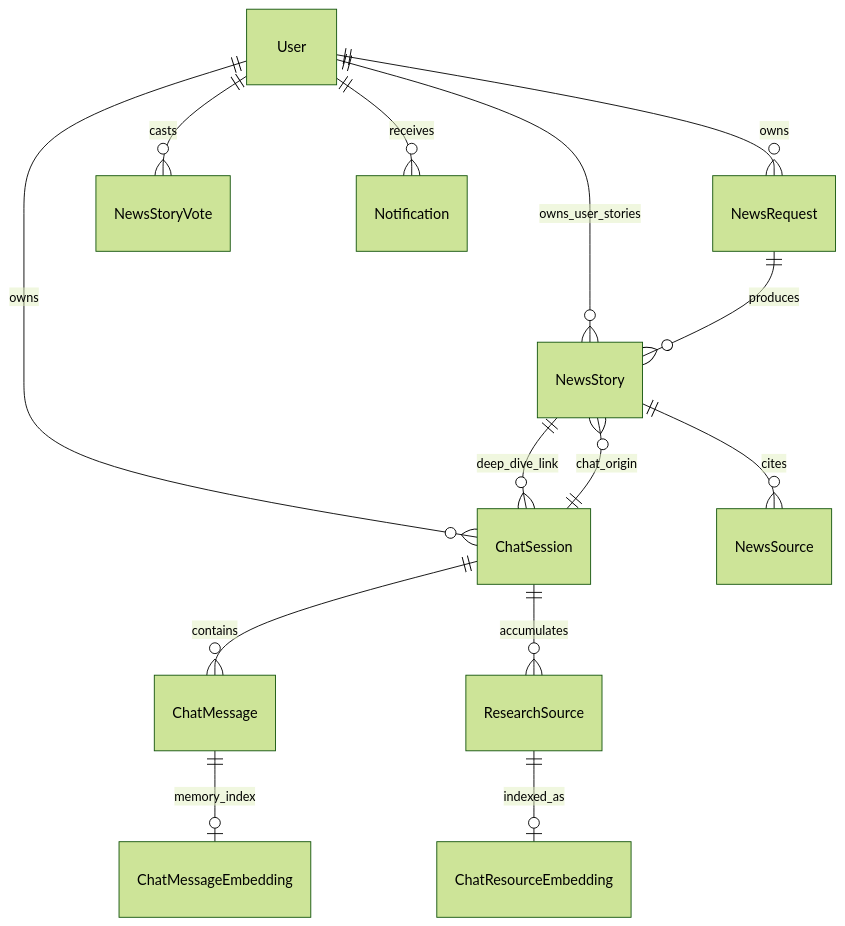
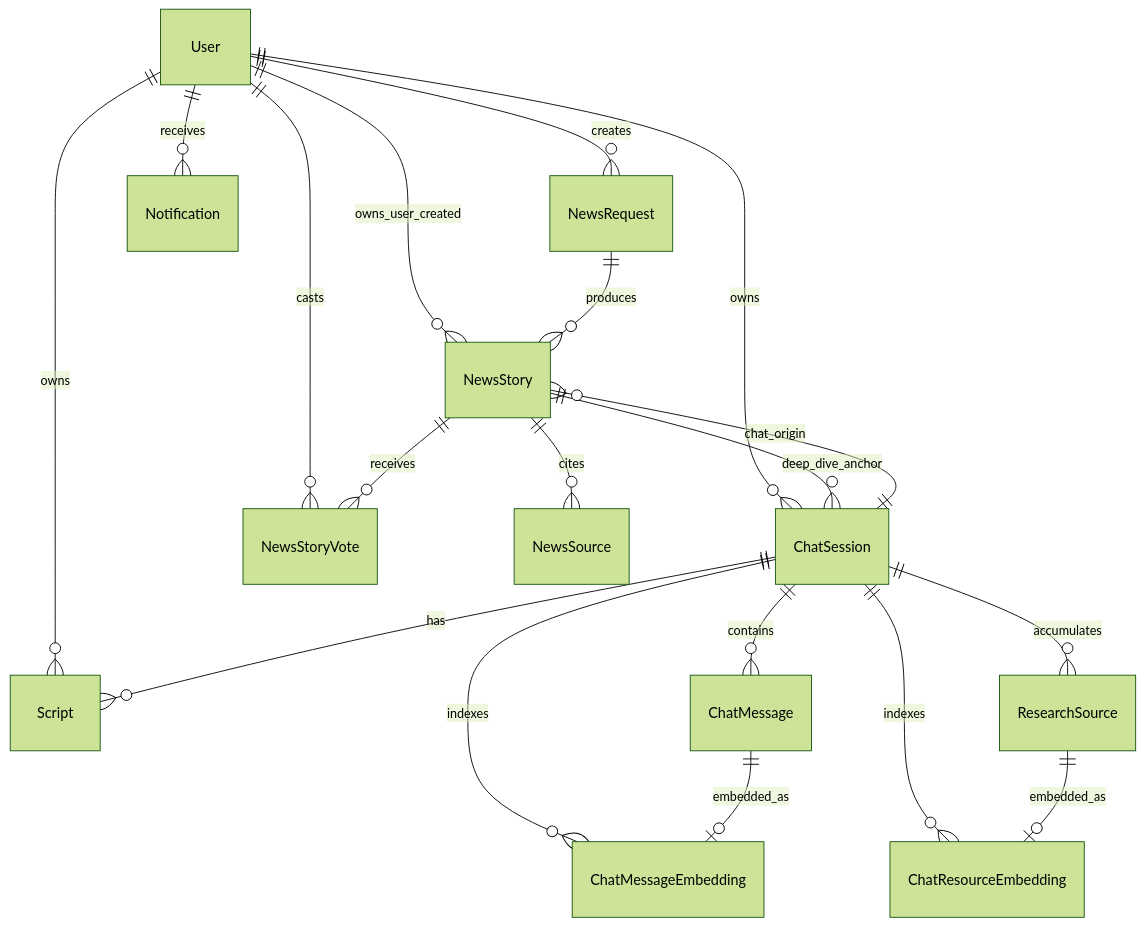
The tenth of 12 diagrams in README.md (learner-enthusiast/Newsly), drawn with Mermaid (forest theme) before and after one commit. The commit also changed other lines of this file and 10 other files, not shown here.

````diff
--- a/README.md
+++ b/README.md
@@ -357,16 +1003,21 @@
 ```mermaid
 erDiagram
-  User ||--o{ NewsRequest : owns
+  User ||--o{ NewsRequest : creates
   User ||--o{ ChatSession : owns
-  User ||--o{ NewsStory : owns_user_stories
+  User ||--o{ NewsStory : owns_user_created
   User ||--o{ NewsStoryVote : casts
   User ||--o{ Notification : receives
+  User ||--o{ Script : owns
   NewsRequest ||--o{ NewsStory : produces
   NewsStory ||--o{ NewsSource : cites
-  NewsStory ||--o{ ChatSession : deep_dive_link
+  NewsStory ||--o{ NewsStoryVote : receives
+  NewsStory ||--o{ ChatSession : deep_dive_anchor
   ChatSession ||--o{ NewsStory : chat_origin
   ChatSession ||--o{ ChatMessage : contains
   ChatSession ||--o{ ResearchSource : accumulates
-  ResearchSource ||--o| ChatResourceEmbedding : indexed_as
-  ChatMessage ||--o| ChatMessageEmbedding : memory_index
+  ChatSession ||--o{ Script : has
+  ChatSession ||--o{ ChatResourceEmbedding : indexes
+  ChatSession ||--o{ ChatMessageEmbedding : indexes
+  ResearchSource ||--o| ChatResourceEmbedding : embedded_as
+  ChatMessage ||--o| ChatMessageEmbedding : embedded_as
 ```
````
